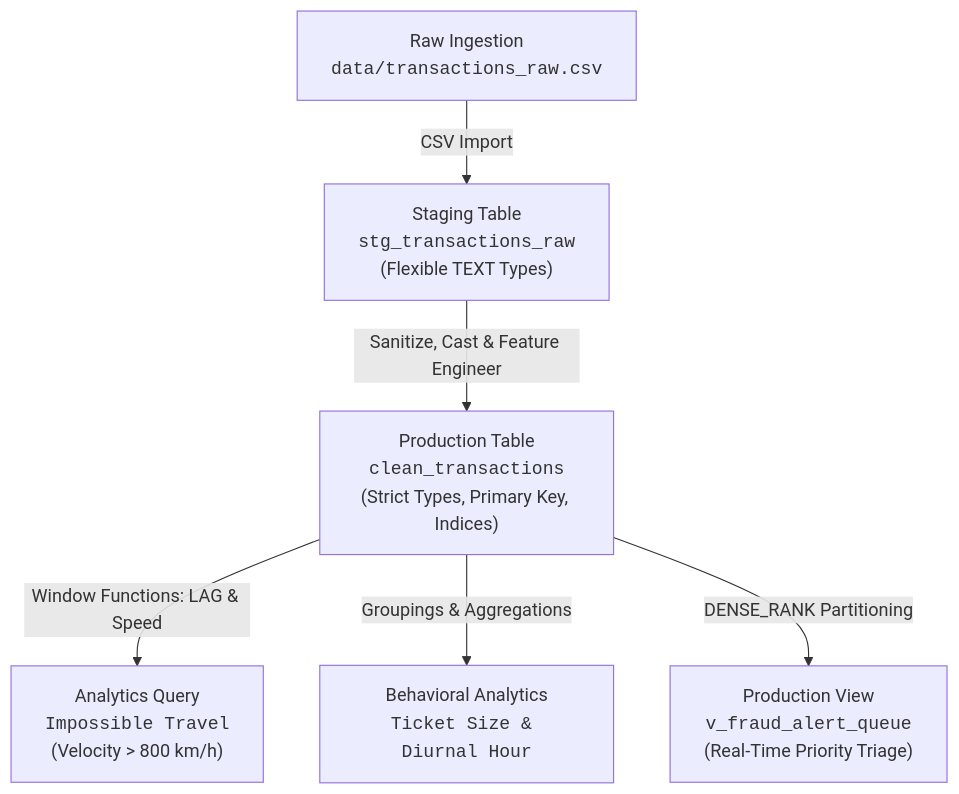
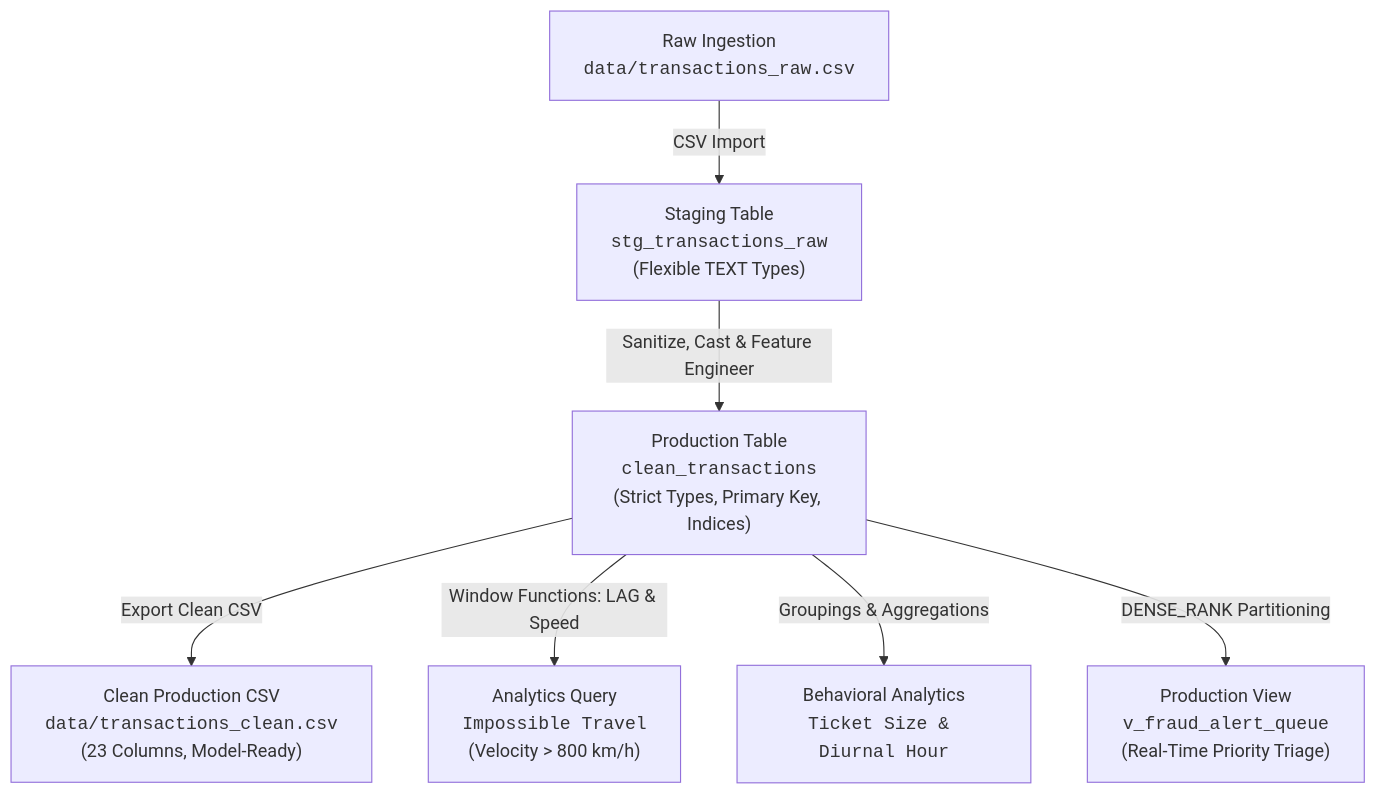
One commit to Jeffersoncool0905/Team_Analytics changed the diagram in README.md. Above: the diagram before and after it, drawn with Mermaid. The commit also changed other lines of this file and 1 other file, not shown here.

Commit message:
feat(data): export and upload production clean transactions dataset

````diff
--- a/README.md
+++ b/README.md
@@ -32,8 +32,9 @@
 ```mermaid
 flowchart TD
     A["Raw Ingestion<br><code>data/transactions_raw.csv</code>"] -->|CSV Import| B["Staging Table<br><code>stg_transactions_raw</code><br>(Flexible TEXT Types)"]
     B -->|Sanitize, Cast & Feature Engineer| C["Production Table<br><code>clean_transactions</code><br>(Strict Types, Primary Key, Indices)"]
+    C -->|Export Clean CSV| G["Clean Production CSV<br><code>data/transactions_clean.csv</code><br>(23 Columns, Model-Ready)"]
     C -->|Window Functions: LAG & Speed| D["Analytics Query<br><code>Impossible Travel</code><br>(Velocity > 800 km/h)"]
     C -->|Groupings & Aggregations| E["Behavioral Analytics<br><code>Ticket Size & Diurnal Hour</code>"]
     C -->|DENSE_RANK Partitioning| F["Production View<br><code>v_fraud_alert_queue</code><br>(Real-Time Priority Triage)"]
 ```
````
